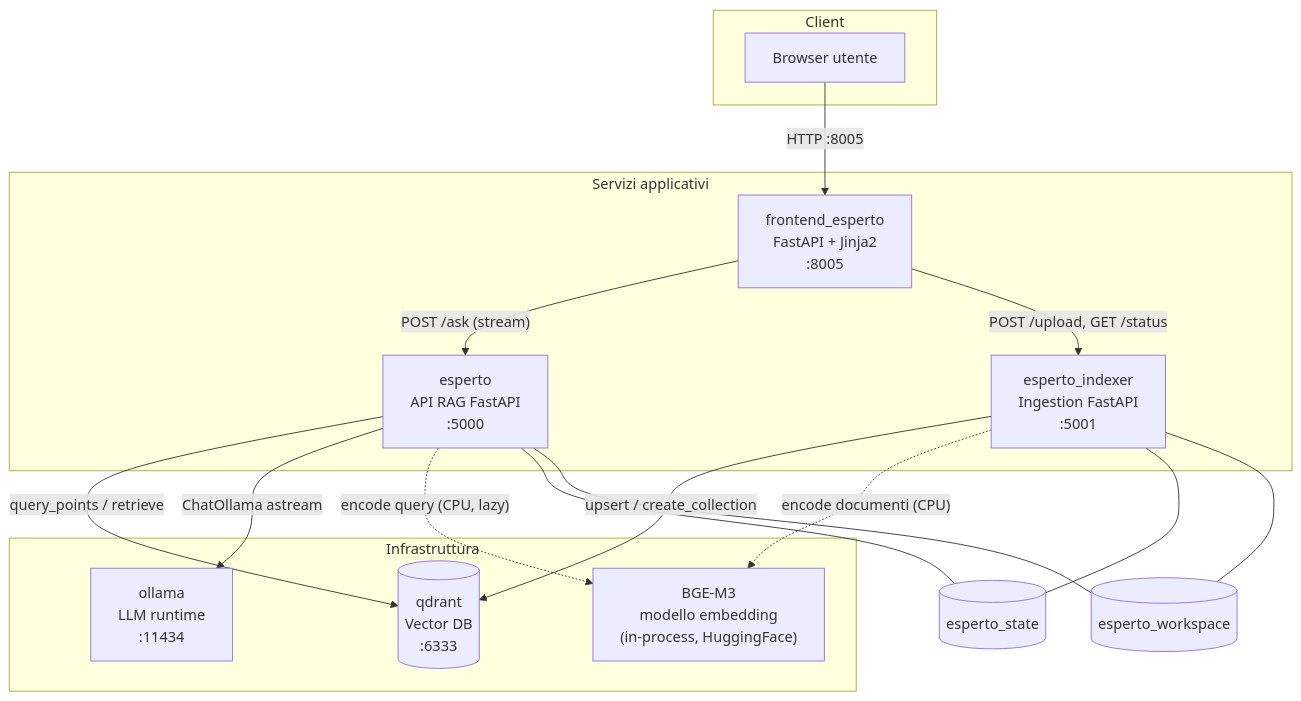
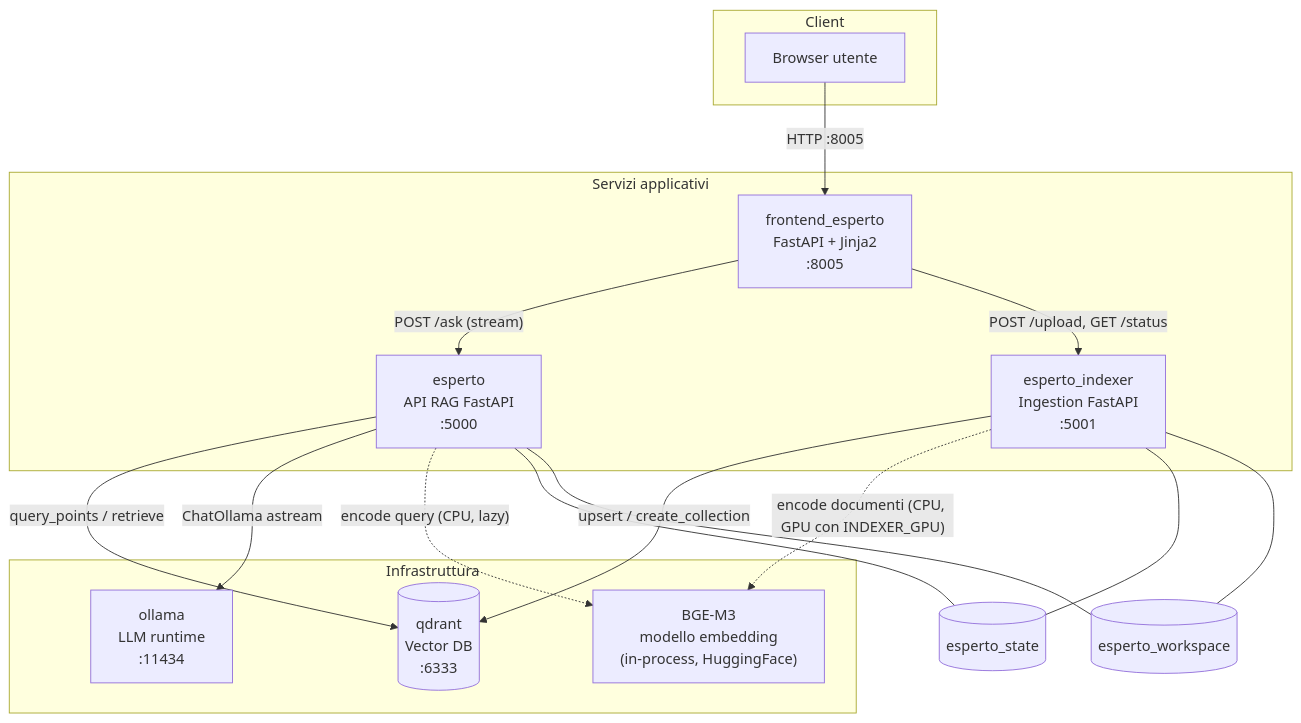
One commit to sfazzello01/PythonRagExpert changed the first of 4 diagrams in ARCHITECTURE.md. Above: the diagram before and after it, drawn with Mermaid. The commit also changed other lines of this file and 19 other files, not shown here.

````diff
--- a/ARCHITECTURE.md
+++ b/ARCHITECTURE.md
@@ -62,32 +64,32 @@
 ```mermaid
 graph TB
     subgraph Browser["Client"]
         U["Browser utente"]
     end
 
     subgraph App["Servizi applicativi"]
         FE["frontend_esperto<br/>FastAPI + Jinja2<br/>:8005"]
         BE["esperto<br/>API RAG FastAPI<br/>:5000"]
         IN["esperto_indexer<br/>Ingestion FastAPI<br/>:5001"]
     end
 
     subgraph Infra["Infrastruttura"]
         QD[("qdrant<br/>Vector DB<br/>:6333")]
         OL["ollama<br/>LLM runtime<br/>:11434"]
         BGE["BGE-M3<br/>modello embedding<br/>(in-process, HuggingFace)"]
     end
 
     U -->|"HTTP :8005"| FE
     FE -->|"POST /ask (stream)"| BE
     FE -->|"POST /upload, GET /status"| IN
     BE -->|"query_points / retrieve"| QD
     IN -->|"upsert / create_collection"| QD
     BE -->|"ChatOllama astream"| OL
     BE -.->|"encode query (CPU, lazy)"| BGE
-    IN -.->|"encode documenti (CPU)"| BGE
+    IN -.->|"encode documenti (CPU, GPU con INDEXER_GPU)"| BGE
 
     BE --- ST[("esperto_state")]
     IN --- ST
     IN --- WS[("esperto_workspace")]
     BE --- WS
 ```
````
